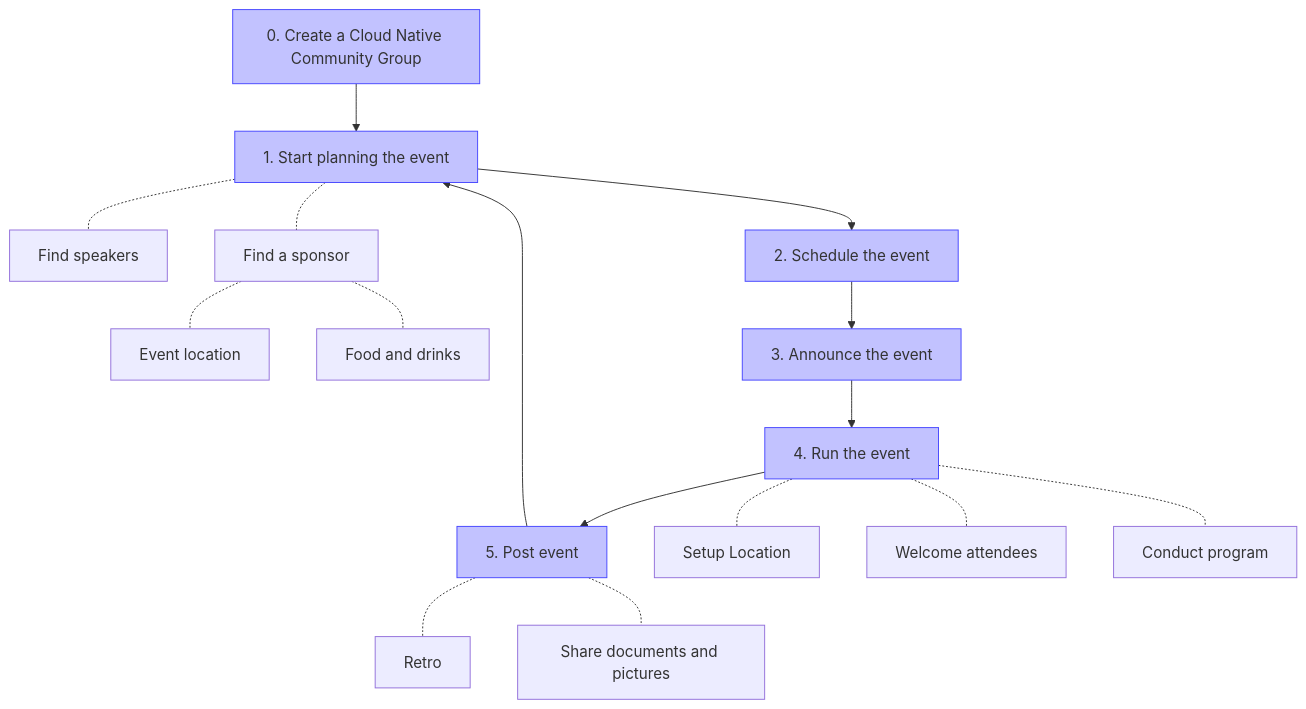
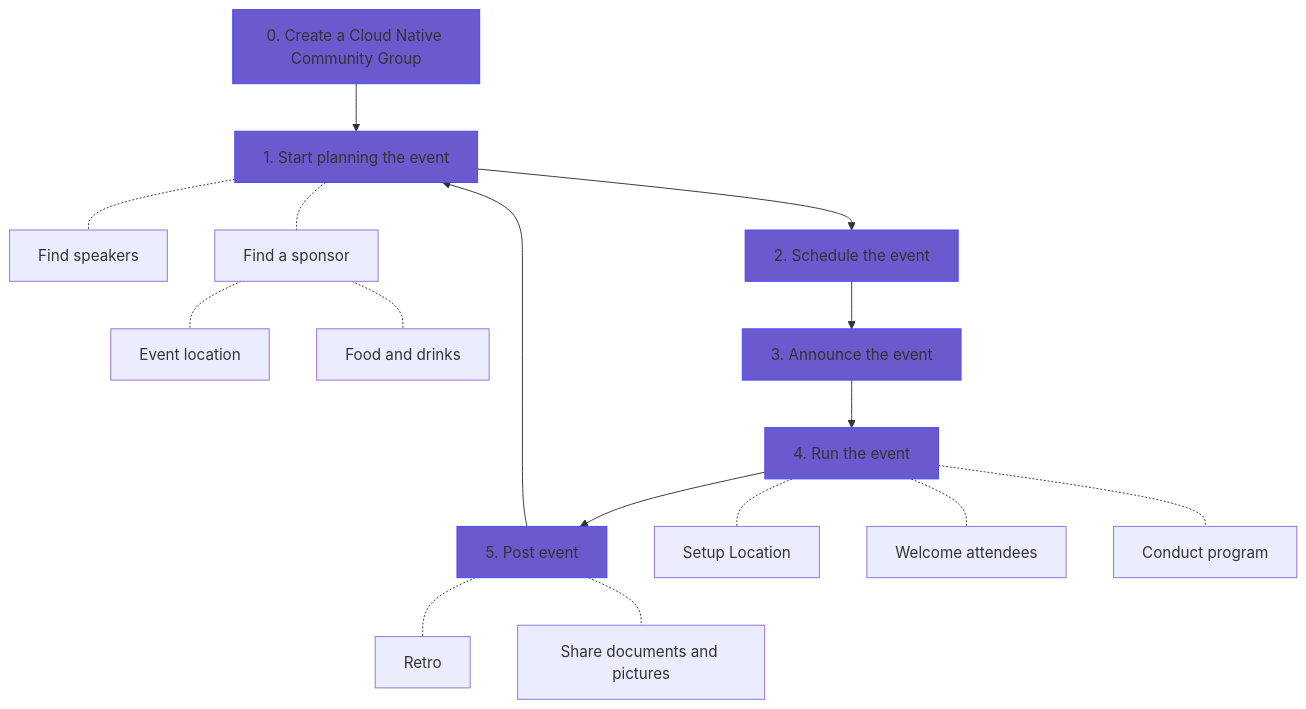
One commit to cncf/communitygroups changed the diagram in best_practices.md. Above: the diagram before and after it, drawn with Mermaid.

Commit message:
Changing color code of text background in FlowChart

````diff
--- a/best_practices.md
+++ b/best_practices.md
@@ -7,16 +7,16 @@
 ```mermaid
 flowchart TB
     create[0. Create a Cloud Native Community Group] --> start[1. Start planning the event]
     start -.- speakers[Find speakers] & sponsor[Find a sponsor]
     sponsor -.- location[Event location] & food[Food and drinks]
     start --> schedule[2. Schedule the event]
     schedule --> announce[3. Announce the event]
     announce --> run[4. Run the event]
     run --> wrapup[5. Post event]
     run -.- setup[Setup Location] & welcome[Welcome attendees] & program[Conduct program]
     wrapup --> start
     wrapup -.- retro[Retro] & resources[Share documents and pictures]
 
-    classDef mainPath fill:#C2C2FF,stroke:#4747FF;
+    classDef mainPath fill:#6A5ACD,stroke:#4747FF;
     class create,start,schedule,announce,run,wrapup mainPath;
 ```
````
